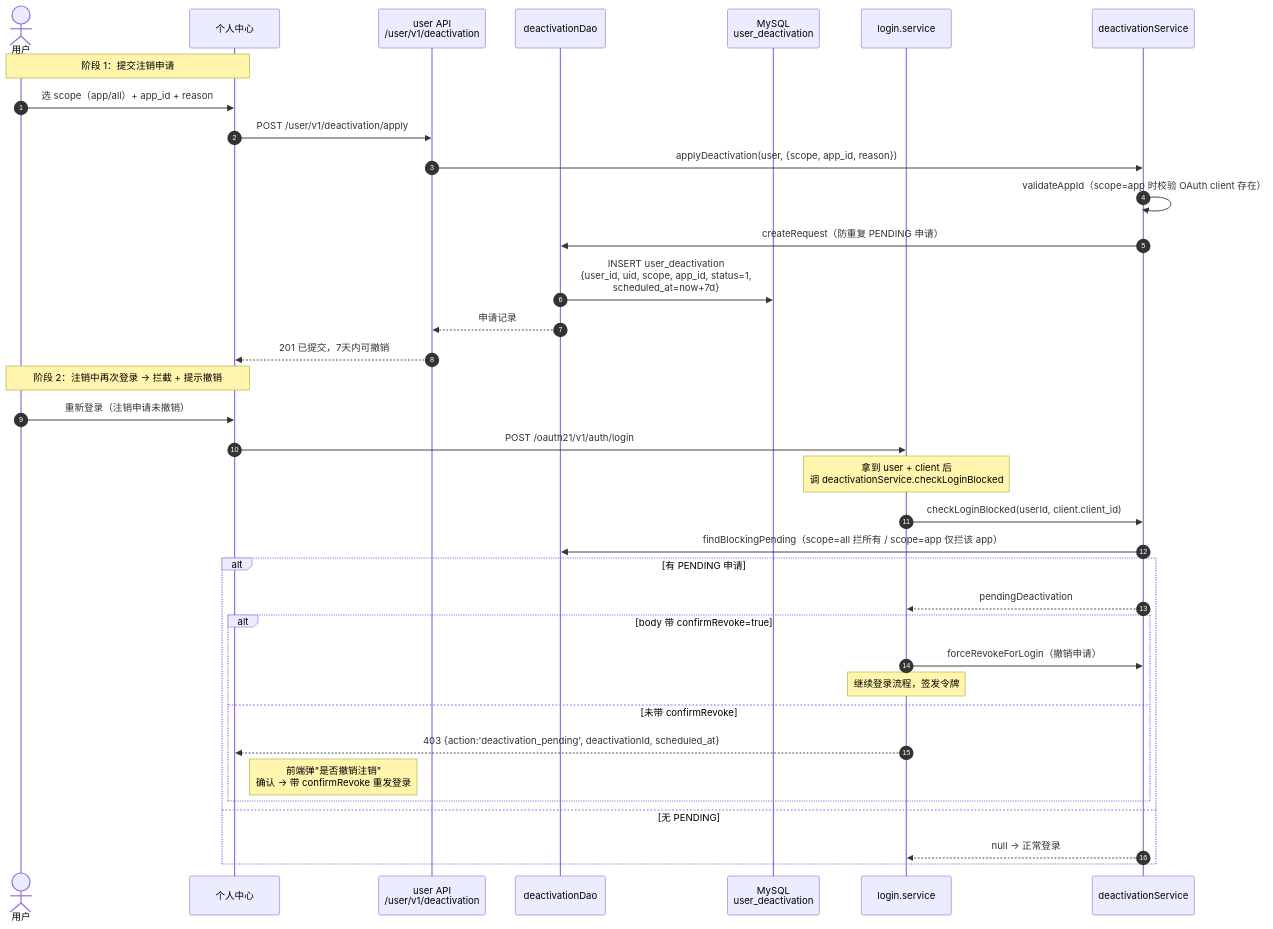
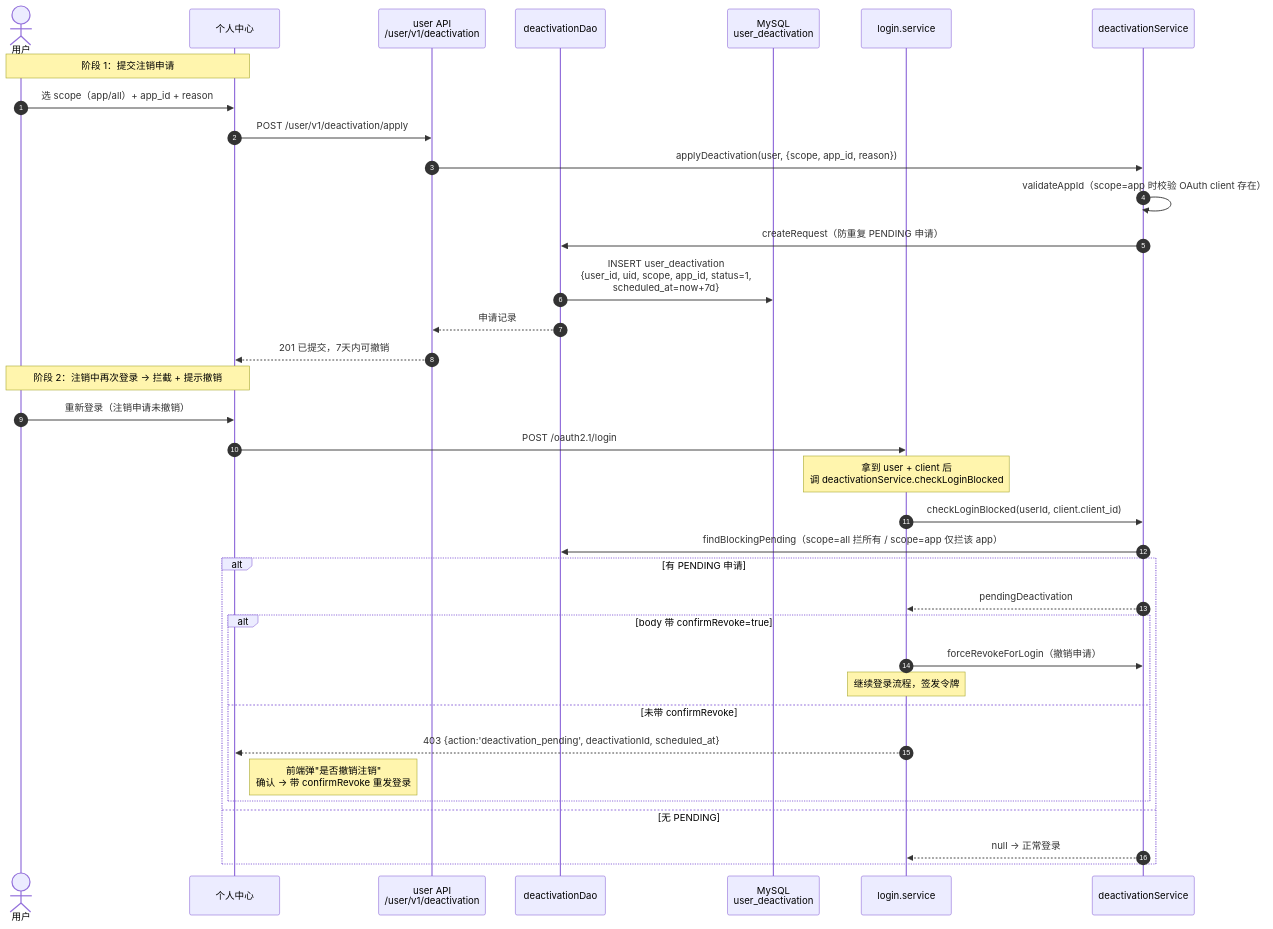
The sixth of 10 diagrams in docs/development/注册登录全链路流程图.md (yijiu2025/CoreFlow), drawn with Mermaid before and after one commit. The commit also changed other lines of this file and 24 other files, not shown here.

````diff
--- a/docs/development/注册登录全链路流程图.md
+++ b/docs/development/注册登录全链路流程图.md
@@ -453,40 +453,40 @@
 ```mermaid
 sequenceDiagram
     autonumber
     actor U as 用户
     participant FE as 个人中心
     participant UAPI as user API<br/>/user/v1/deactivation
     participant DAO as deactivationDao
     participant DB as MySQL<br/>user_deactivation
     participant LOGIN as login.service
     participant SVC as deactivationService
 
     Note over U,FE: 阶段 1：提交注销申请
     U->>FE: 选 scope（app/all）+ app_id + reason
     FE->>UAPI: POST /user/v1/deactivation/apply
     UAPI->>SVC: applyDeactivation(user, {scope, app_id, reason})
     SVC->>SVC: validateAppId（scope=app 时校验 OAuth client 存在）
     SVC->>DAO: createRequest（防重复 PENDING 申请）
     DAO->>DB: INSERT user_deactivation<br/>{user_id, uid, scope, app_id, status=1,<br/>scheduled_at=now+7d}
     DAO-->>UAPI: 申请记录
     UAPI-->>FE: 201 已提交，7天内可撤销
 
     Note over U,FE: 阶段 2：注销中再次登录 → 拦截 + 提示撤销
     U->>FE: 重新登录（注销申请未撤销）
-    FE->>LOGIN: POST /oauth21/v1/auth/login
+    FE->>LOGIN: POST /oauth2.1/login
     Note over LOGIN: 拿到 user + client 后<br/>调 deactivationService.checkLoginBlocked
     LOGIN->>SVC: checkLoginBlocked(userId, client.client_id)
     SVC->>DAO: findBlockingPending（scope=all 拦所有 / scope=app 仅拦该 app）
     alt 有 PENDING 申请
         SVC-->>LOGIN: pendingDeactivation
         alt body 带 confirmRevoke=true
             LOGIN->>SVC: forceRevokeForLogin（撤销申请）
             Note over LOGIN: 继续登录流程，签发令牌
         else 未带 confirmRevoke
             LOGIN-->>FE: 403 {action:'deactivation_pending', deactivationId, scheduled_at}
             Note right of FE: 前端弹"是否撤销注销"<br/>确认 → 带 confirmRevoke 重发登录
         end
     else 无 PENDING
         SVC-->>LOGIN: null → 正常登录
     end
 ```
````
